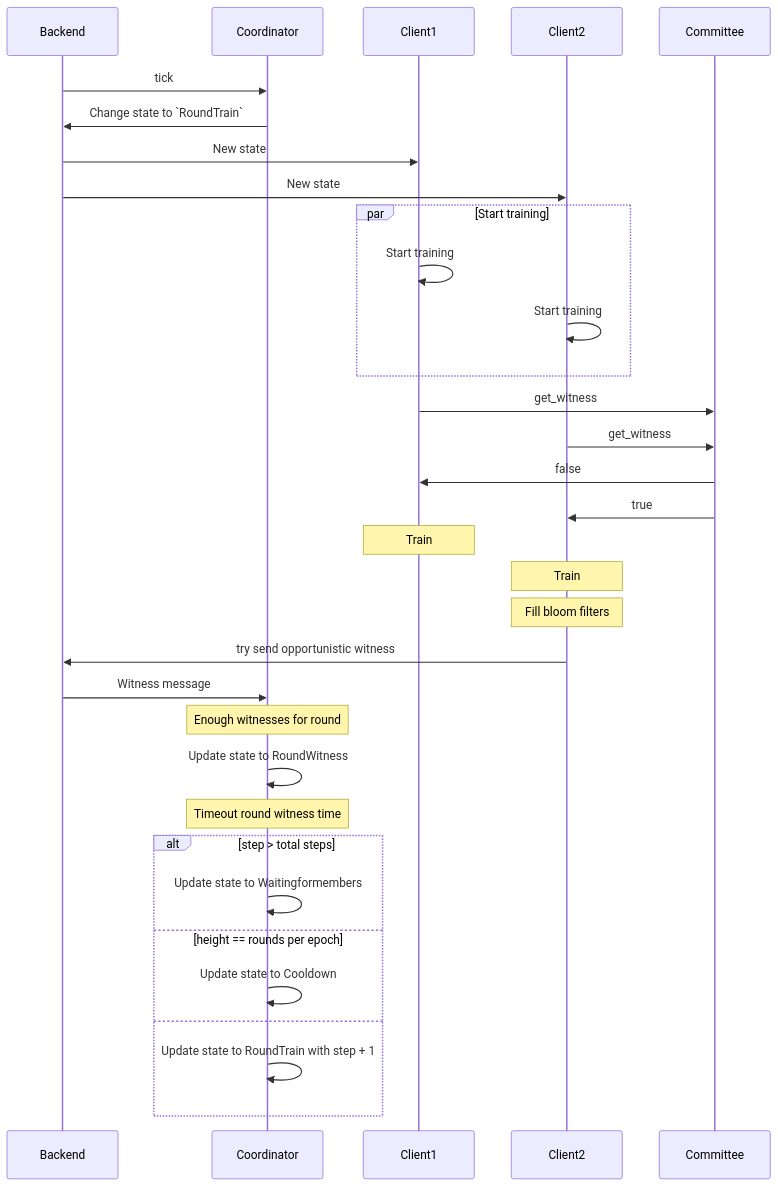
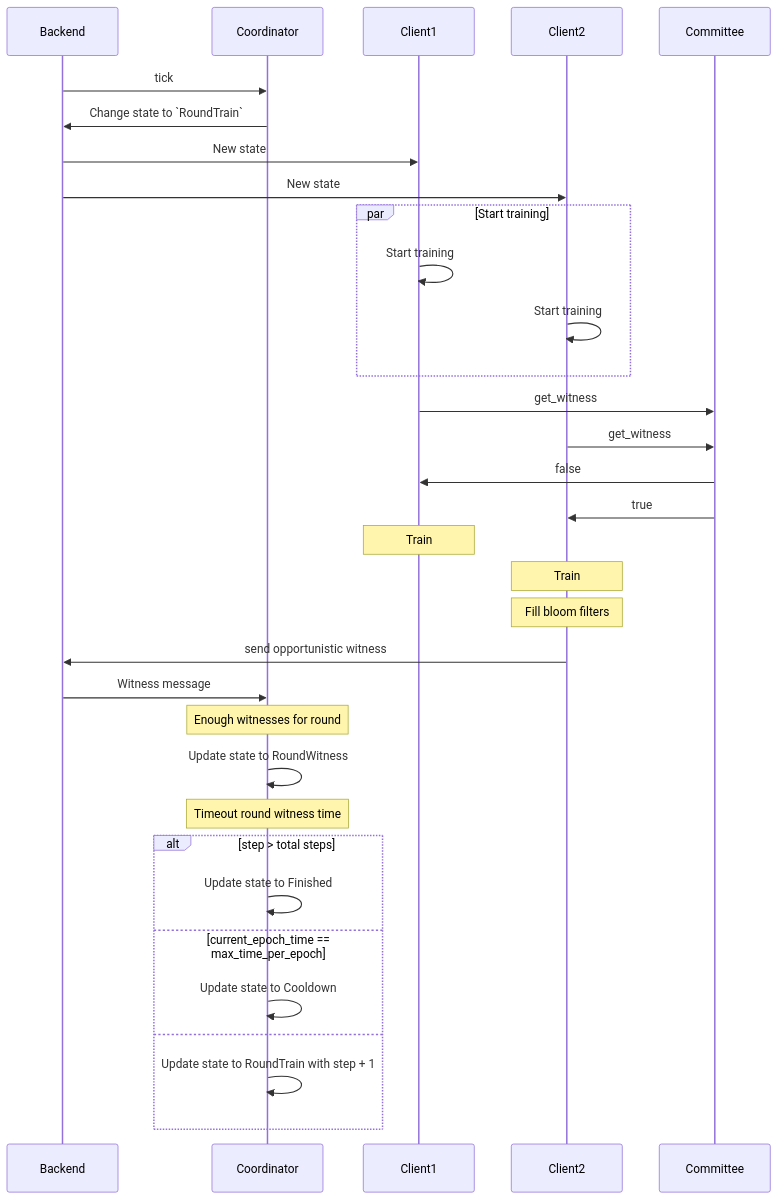
The fourth of 7 diagrams in psyche-book/src/explain/general-workflow.md (PsycheFoundation/psyche), drawn with Mermaid before and after one commit. The commit also changed other lines of this file and 17 other files, not shown here.

````diff
--- a/psyche-book/src/explain/general-workflow.md
+++ b/psyche-book/src/explain/general-workflow.md
@@ -113,30 +143,30 @@
 ```mermaid
 sequenceDiagram
     Backend->>Coordinator: tick
     Coordinator->>Backend: Change state to `RoundTrain`
     Backend->>Client1: New state
     Backend->>Client2: New state
     par Start training
         Client1->>Client1: Start training
         Client2->>Client2: Start training
     end
     Client1->>Committee: get_witness
     Client2->>Committee: get_witness
     Committee->>Client1: false
     Committee->>Client2: true
     Note over Client1: Train
     Note over Client2: Train
     Note over Client2: Fill bloom filters
-    Client2->>Backend: try send opportunistic witness
+    Client2->>Backend: send opportunistic witness
     Backend->>Coordinator: Witness message
     Note over Coordinator: Enough witnesses for round
     Coordinator->>Coordinator: Update state to RoundWitness
     Note over Coordinator: Timeout round witness time
     alt step > total steps
-        Coordinator->>Coordinator: Update state to Waitingformembers
-    else height == rounds per epoch
+        Coordinator->>Coordinator: Update state to Finished
+    else current_epoch_time == max_time_per_epoch
         Coordinator->>Coordinator: Update state to Cooldown
     else
         Coordinator->>Coordinator: Update state to RoundTrain with step + 1
     end
 ```
````
